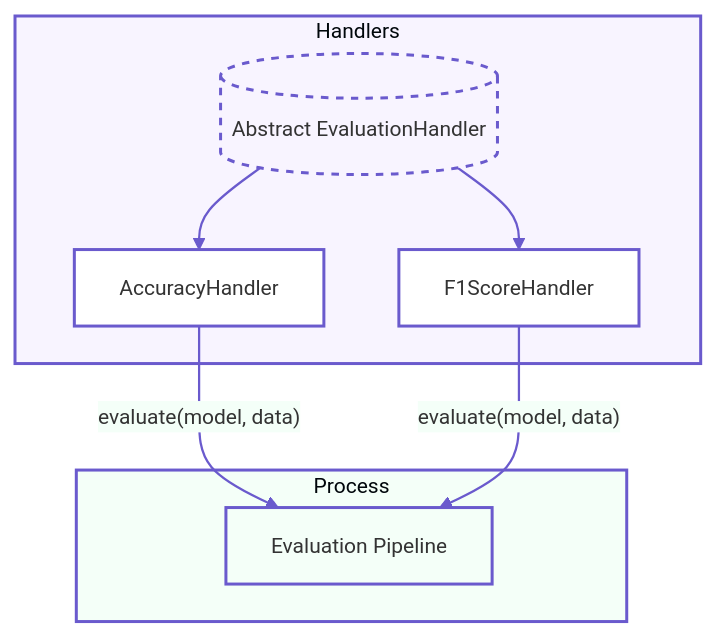
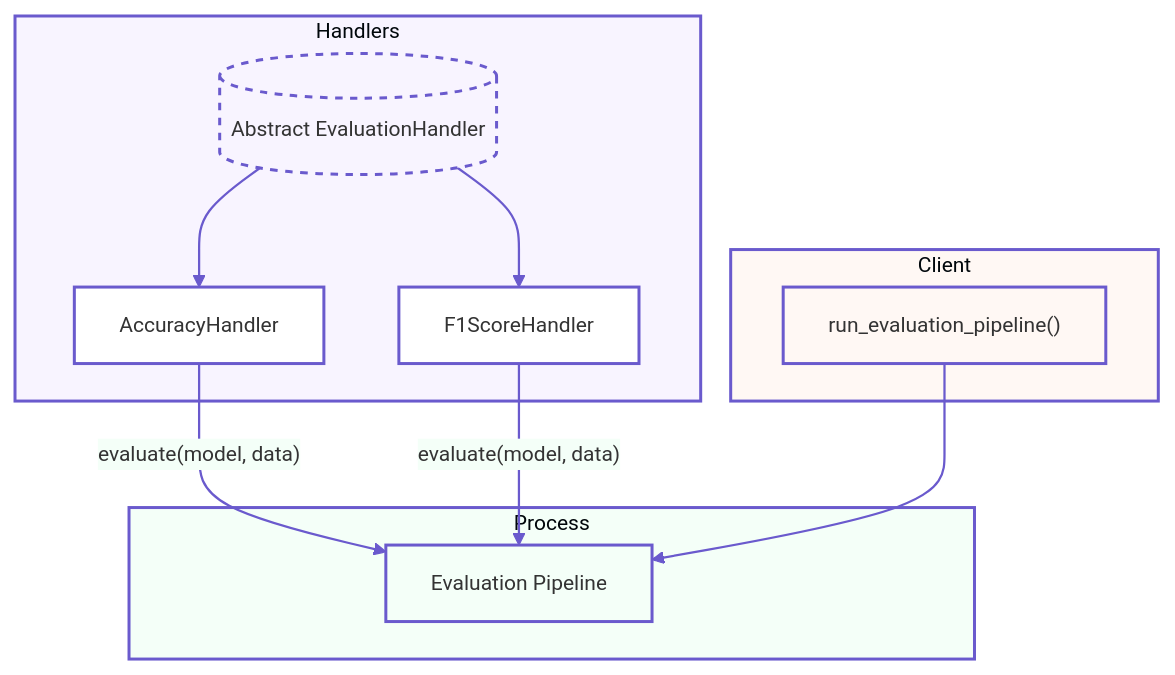
One commit to arunpshankar/Python-Design-Patterns-for-AI changed the diagram in src/mermaid/12_cor.mmd. Above: the diagram before and after it, drawn with Mermaid.

```diff
--- a/src/mermaid/12_cor.mmd
+++ b/src/mermaid/12_cor.mmd
@@ -1,39 +1,47 @@
 %%{init: {'theme': 'base', 'themeVariables': {
     'primaryColor': '#f8f4ff',
     'secondaryColor': '#f4fff8',
     'tertiaryColor': '#fff8f4',
     'mainBkg': '#ffffff',
     'nodeBorder': '#6a5acd',
     'clusterBkg': '#fafafa',
     'clusterBorder': '#6a5acd',
     'lineColor': '#6a5acd',
     'fontFamily': 'Helvetica, Arial, sans-serif',
     'fontSize': '14px'
 }}}%%
 
 flowchart TB
     subgraph Handlers
         style Handlers fill:#f8f4ff,stroke:#6a5acd,stroke-width:2px
         EH[("Abstract EvaluationHandler")]
         AH["AccuracyHandler"]
         F1H["F1ScoreHandler"]
         EH --> AH
         EH --> F1H
     end
 
     subgraph Process
         style Process fill:#f4fff8,stroke:#6a5acd,stroke-width:2px
         pipeline["Evaluation Pipeline"]
         AH -->|"evaluate(model, data)"| pipeline
         F1H -->|"evaluate(model, data)"| pipeline
     end
     
+    subgraph Client
+        style Client fill:#fff8f4,stroke:#6a5acd,stroke-width:2px
+        runPipeline["run_evaluation_pipeline()"]
+        runPipeline --> pipeline
+    end
+    
     classDef abstract fill:#f8f4ff,stroke:#6a5acd,stroke-width:2px,stroke-dasharray: 5 5
     classDef concrete fill:#ffffff,stroke:#6a5acd,stroke-width:2px
     classDef process fill:#f4fff8,stroke:#6a5acd,stroke-width:2px
+    classDef client fill:#fff8f4,stroke:#6a5acd,stroke-width:2px
 
     class EH abstract
     class AH,F1H concrete
     class pipeline process
+    class runPipeline client
 
     linkStyle default stroke:#6a5acd,stroke-width:1.5px
```
